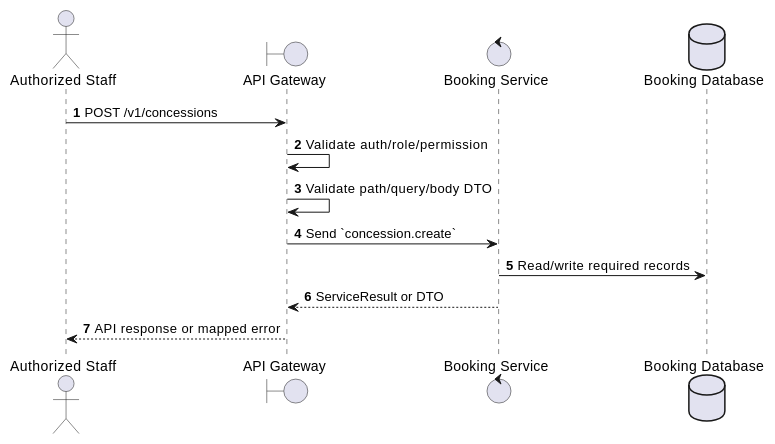
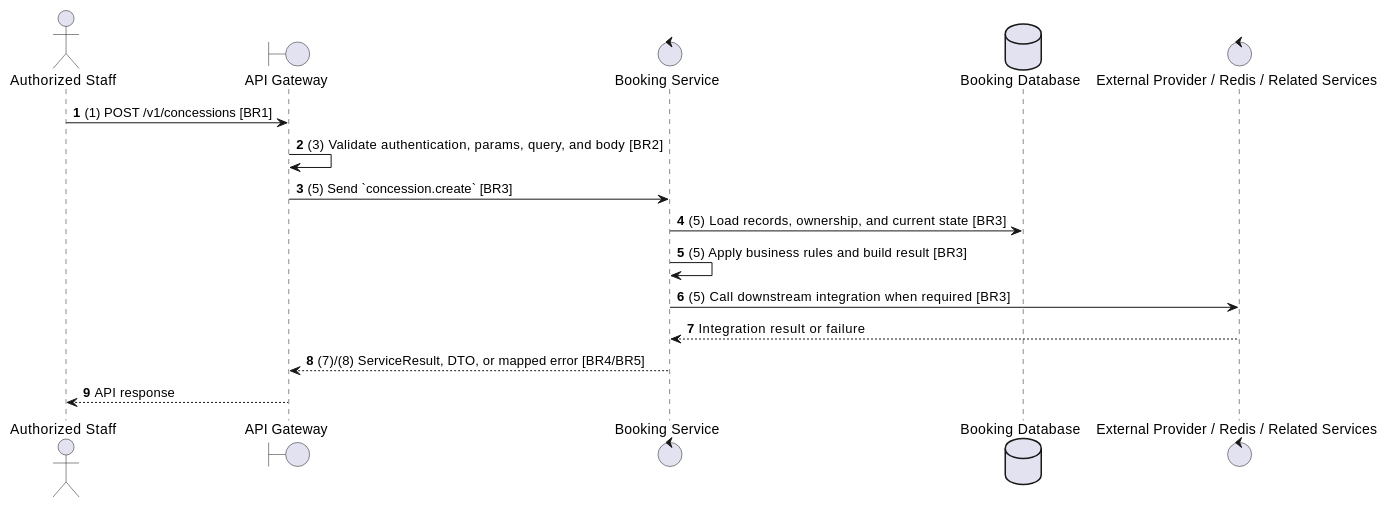
One commit to Tanh1603/movie-hub-architecture changed the second of 2 diagrams in docs/functional_specs/3.9_Concessions_FB_Module/CS-03_Create_Concession.md. Above: the diagram before and after it, drawn with PlantUML. The commit also changed other lines of this file and 129 other files, not shown here.

````diff
--- a/docs/functional_specs/3.9_Concessions_FB_Module/CS-03_Create_Concession.md
+++ b/docs/functional_specs/3.9_Concessions_FB_Module/CS-03_Create_Concession.md
@@ -17,17 +64,20 @@
 ```plantuml
 @startuml
 autonumber
 actor "Authorized Staff" as Actor
 boundary "API Gateway" as GW
 control "Booking Service" as SVC
 database "Booking Database" as DB
+control "External Provider / Redis / Related Services" as EXT
 
-Actor -> GW: POST /v1/concessions
-GW -> GW: Validate auth/role/permission
-GW -> GW: Validate path/query/body DTO
-GW -> SVC: Send `concession.create`
-SVC -> DB: Read/write required records
-SVC --> GW: ServiceResult or DTO
-GW --> Actor: API response or mapped error
+Actor -> GW: (1) POST /v1/concessions [BR1]
+GW -> GW: (3) Validate authentication, params, query, and body [BR2]
+GW -> SVC: (5) Send `concession.create` [BR3]
+SVC -> DB: (5) Load records, ownership, and current state [BR3]
+SVC -> SVC: (5) Apply business rules and build result [BR3]
+SVC -> EXT: (5) Call downstream integration when required [BR3]
+EXT --> SVC: Integration result or failure
+SVC --> GW: (7)/(8) ServiceResult, DTO, or mapped error [BR4/BR5]
+GW --> Actor: API response
 @enduml
 ```
````
